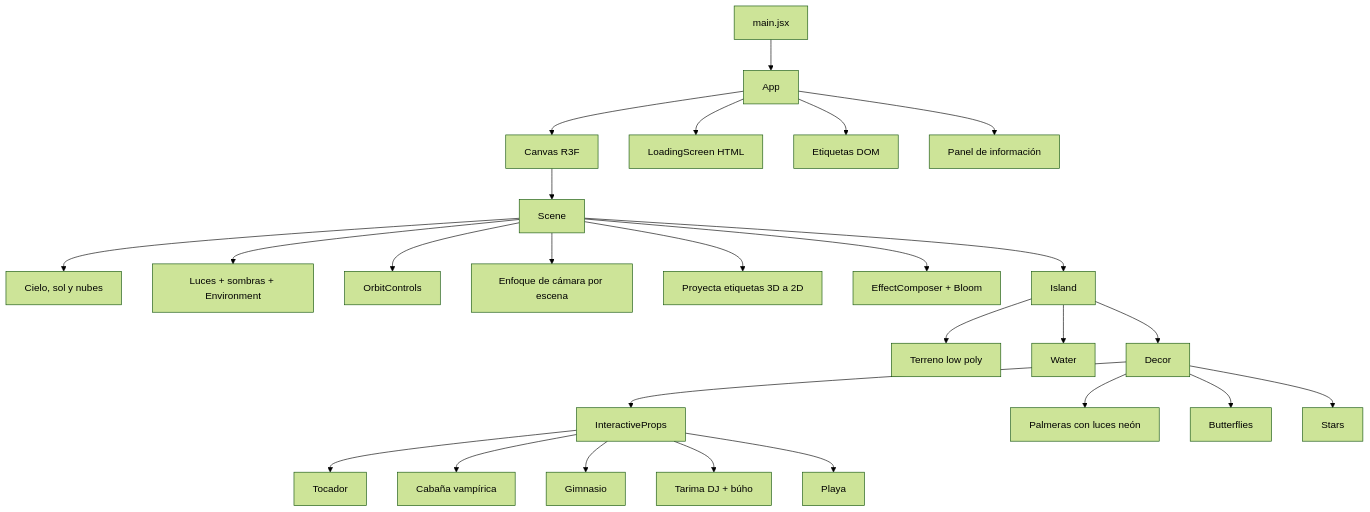
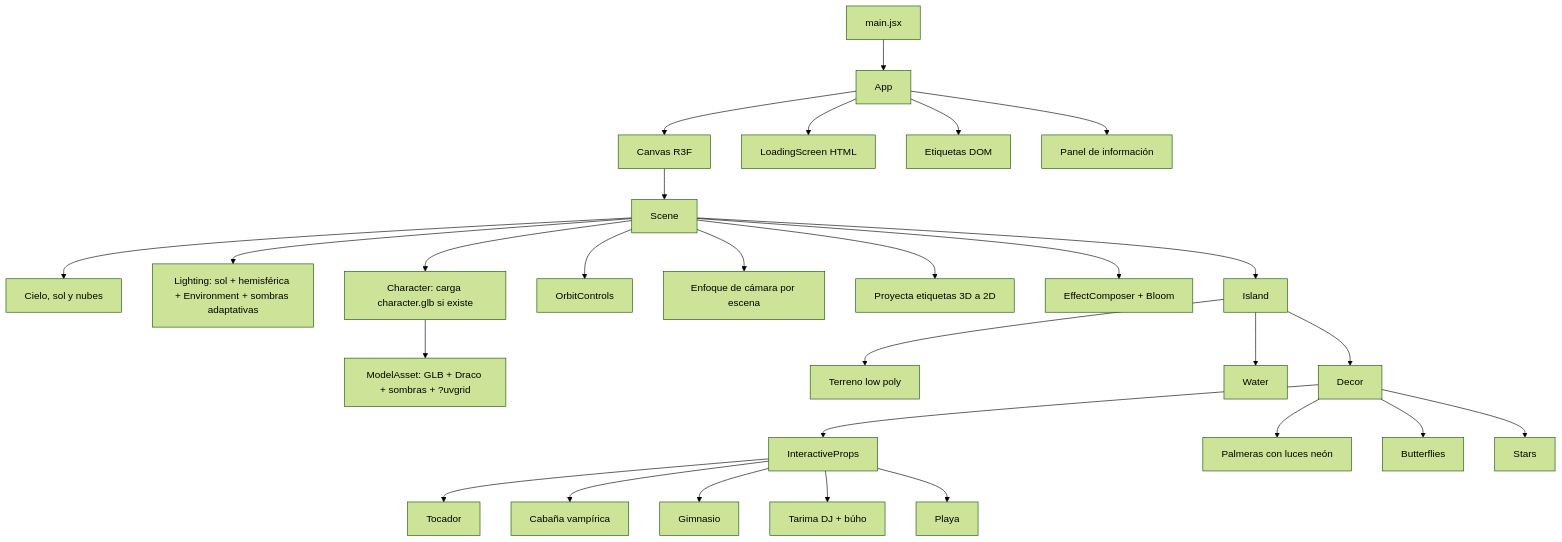
Before and after one commit to 444sofM/Portafolioweb3D: the first of 2 diagrams in docs/arquitectura.md, drawn with Mermaid (forest theme). The commit also changed other lines of this file and 22 other files, not shown here.

````diff
--- a/docs/arquitectura.md
+++ b/docs/arquitectura.md
@@ -11,28 +12,30 @@
 ```mermaid
 flowchart TD
   main[main.jsx] --> App
   App --> Canvas[Canvas R3F]
   App --> LoadingScreen[LoadingScreen HTML]
   Canvas --> Scene
   App --> LabelsOverlay[Etiquetas DOM]
   App --> ZonePanel[Panel de información]
   Scene --> Sky[Cielo, sol y nubes]
-  Scene --> Lights[Luces + sombras + Environment]
+  Scene --> Lights[Lighting: sol + hemisférica + Environment + sombras adaptativas]
+  Scene --> Character[Character: carga character.glb si existe]
+  Character --> ModelAsset[ModelAsset: GLB + Draco + sombras + ?uvgrid]
   Scene --> OrbitControls
   Scene --> CameraRig[Enfoque de cámara por escena]
   Scene --> LabelProjector[Proyecta etiquetas 3D a 2D]
   Scene --> Bloom[EffectComposer + Bloom]
   Scene --> Island
   Island --> Terrain[Terreno low poly]
   Island --> Water
   Island --> Decor
   Decor --> InteractiveProps
   Decor --> Palms[Palmeras con luces neón]
   Decor --> Butterflies
   Decor --> Stars
   InteractiveProps --> Vanity[Tocador]
   InteractiveProps --> VampireCabin[Cabaña vampírica]
   InteractiveProps --> Gym[Gimnasio]
   InteractiveProps --> DjStage[Tarima DJ + búho]
   InteractiveProps --> Beach[Playa]
 ```
````
